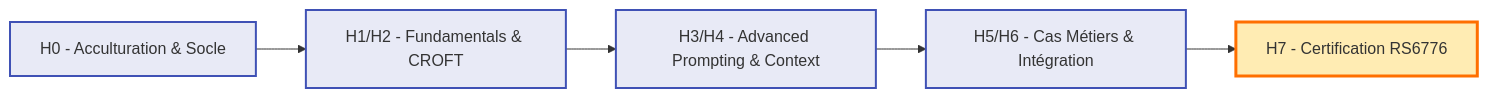
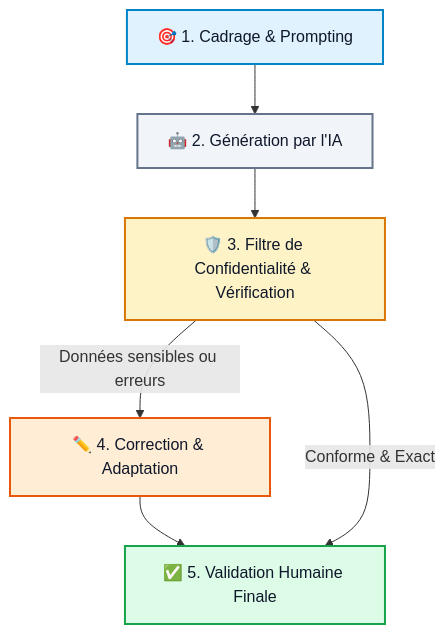
The diagram in docs/index.md (Thote-Formation/wiki-formation-ia), drawn with Mermaid before and after one commit. The commit also changed other lines of this file, not shown here.

````diff
--- a/docs/index.md
+++ b/docs/index.md
@@ -48,13 +77,14 @@
 ```mermaid
-graph LR
-    A[H0 - Acculturation & Socle] --> B[H1/H2 - Fundamentals & CROFT]
-    B --> C[H3/H4 - Advanced Prompting & Context]
-    C --> D[H5/H6 - Cas Métiers & Intégration]
-    D --> E[H7 - Certification RS6776]
-
-    style A fill:#E8EAF6,stroke:#3F51B5,stroke-width:2px
-    style B fill:#E8EAF6,stroke:#3F51B5,stroke-width:2px
-    style C fill:#E8EAF6,stroke:#3F51B5,stroke-width:2px
-    style D fill:#E8EAF6,stroke:#3F51B5,stroke-width:2px
-    style E fill:#FFECB3,stroke:#FF6F00,stroke-width:3px
+graph TD
+    A[🎯 1. Cadrage & Prompting] --> B[🤖 2. Génération par l'IA]
+    B --> C[🛡️ 3. Filtre de Confidentialité & Vérification]
+    C -->|Données sensibles ou erreurs| D[✏️ 4. Correction & Adaptation]
+    D --> E[✅ 5. Validation Humaine Finale]
+    C -->|Conforme & Exact| E
+    
+    style A fill:#e0f2fe,stroke:#0284c7,stroke-width:2px,color:#0f172a
+    style B fill:#f1f5f9,stroke:#64748b,stroke-width:2px,color:#0f172a
+    style C fill:#fef3c7,stroke:#d97706,stroke-width:2px,color:#0f172a
+    style D fill:#ffedd5,stroke:#ea580c,stroke-width:2px,color:#0f172a
+    style E fill:#dcfce7,stroke:#16a34a,stroke-width:2px,color:#0f172a
 ```
````
